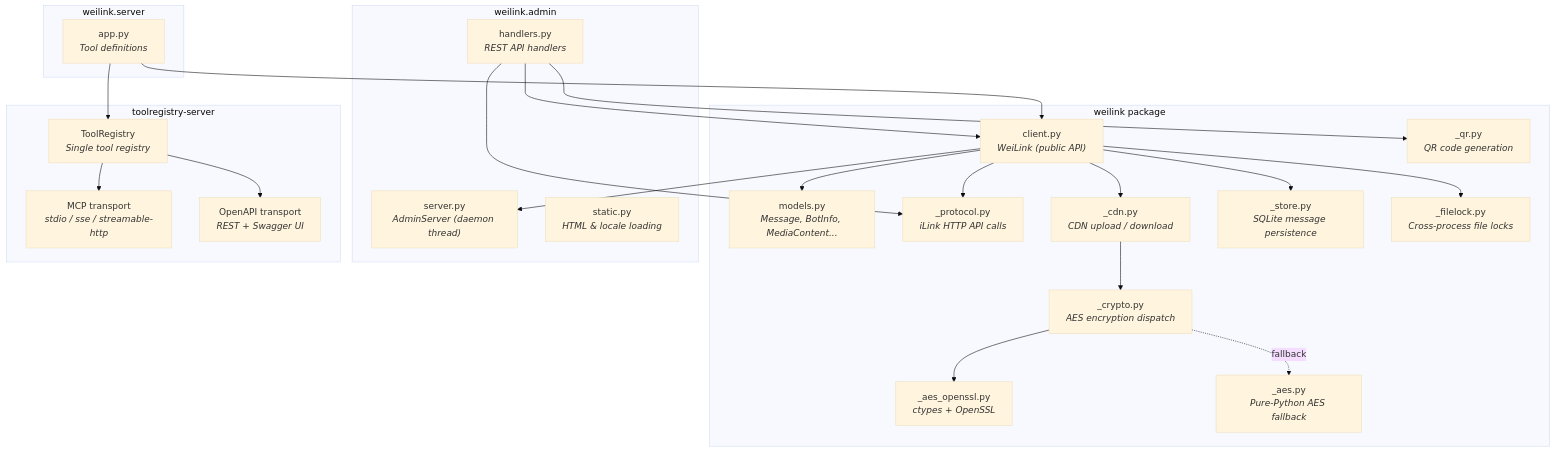
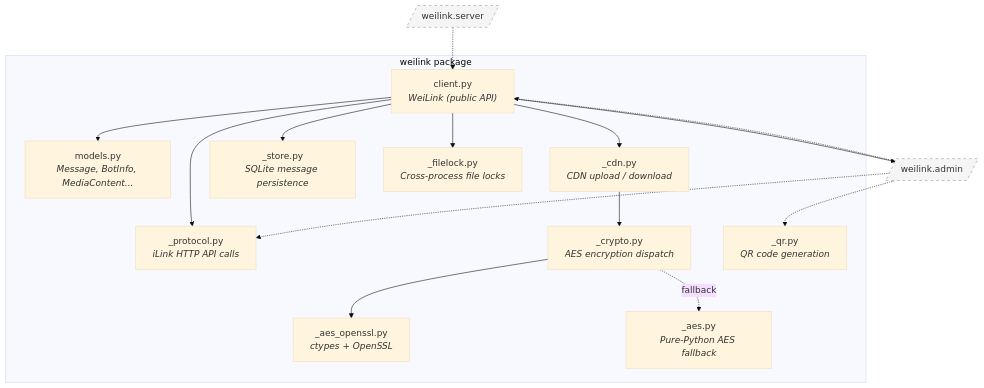
The first of 15 diagrams in docs/architecture.md (Oaklight/weilink), drawn with Mermaid (base theme) before and after one commit. The commit also changed other lines of this file and 3 other files, not shown here.

````diff
--- a/docs/architecture.md
+++ b/docs/architecture.md
@@ -7,48 +11,35 @@
 ```mermaid
 graph TB
     subgraph "weilink package"
         client["client.py<br/><i>WeiLink (public API)</i>"]
         models["models.py<br/><i>Message, BotInfo, MediaContent...</i>"]
         protocol["_protocol.py<br/><i>iLink HTTP API calls</i>"]
         cdn["_cdn.py<br/><i>CDN upload / download</i>"]
         crypto["_crypto.py<br/><i>AES encryption dispatch</i>"]
         aes_ssl["_aes_openssl.py<br/><i>ctypes + OpenSSL</i>"]
         aes_py["_aes.py<br/><i>Pure-Python AES fallback</i>"]
         qr["_qr.py<br/><i>QR code generation</i>"]
         store["_store.py<br/><i>SQLite message persistence</i>"]
         filelock["_filelock.py<br/><i>Cross-process file locks</i>"]
     end
 
-    subgraph "weilink.admin"
-        admin_srv["server.py<br/><i>AdminServer (daemon thread)</i>"]
-        admin_hdl["handlers.py<br/><i>REST API handlers</i>"]
-        admin_stc["static.py<br/><i>HTML & locale loading</i>"]
-    end
-
-    subgraph "weilink.server"
-        mcp_srv["app.py<br/><i>Tool definitions</i>"]
-    end
-
-    subgraph "toolregistry-server"
-        tr["ToolRegistry<br/><i>Single tool registry</i>"]
-        mcp_out["MCP transport<br/><i>stdio / sse / streamable-http</i>"]
-        openapi_out["OpenAPI transport<br/><i>REST + Swagger UI</i>"]
-    end
-
     client --> protocol
     client --> cdn
     client --> models
-    client --> admin_srv
     client --> store
     client --> filelock
     cdn --> crypto
     crypto --> aes_ssl
     crypto -.->|fallback| aes_py
-    admin_hdl --> protocol
-    admin_hdl --> qr
-    admin_hdl --> client
-    mcp_srv --> tr
-    tr --> mcp_out
-    tr --> openapi_out
-    mcp_srv --> client
+
+    admin[/"weilink.admin"/]
+    server[/"weilink.server"/]
+    client --> admin
+    admin -.-> client
+    admin -.-> protocol
+    admin -.-> qr
+    server -.-> client
+
+    classDef ext fill:#f5f5f5,stroke:#999,stroke-dasharray:5 5
+    class admin,server ext
 ```
````
